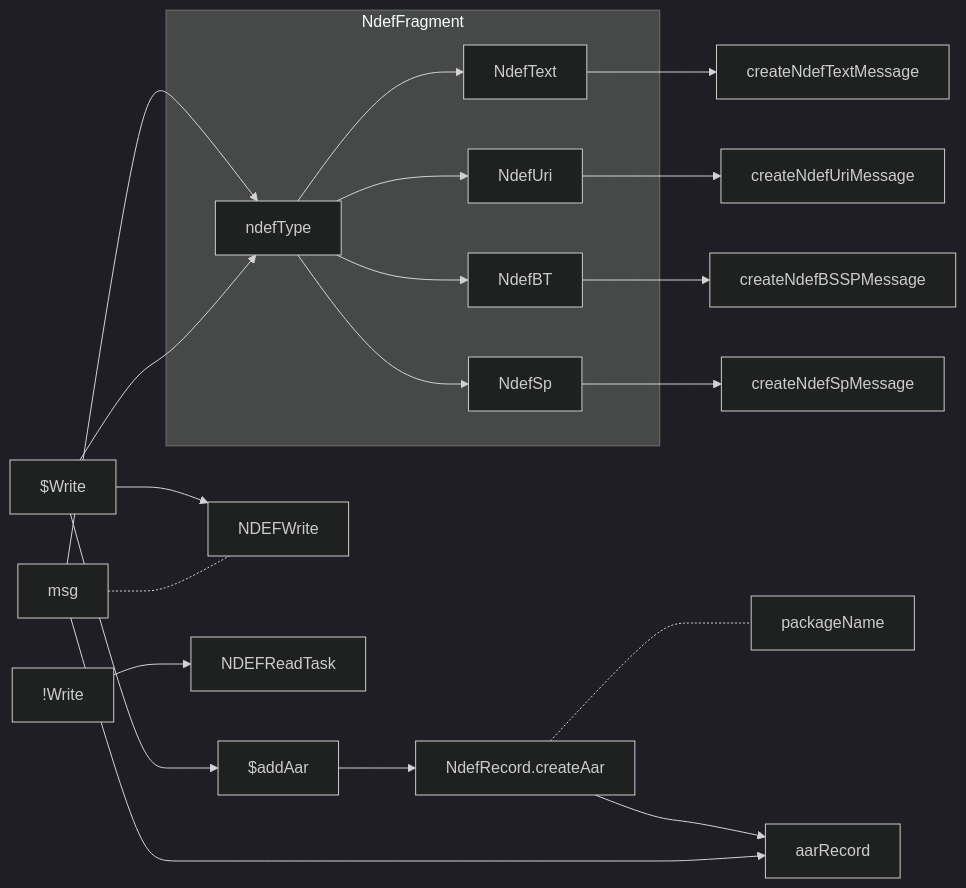
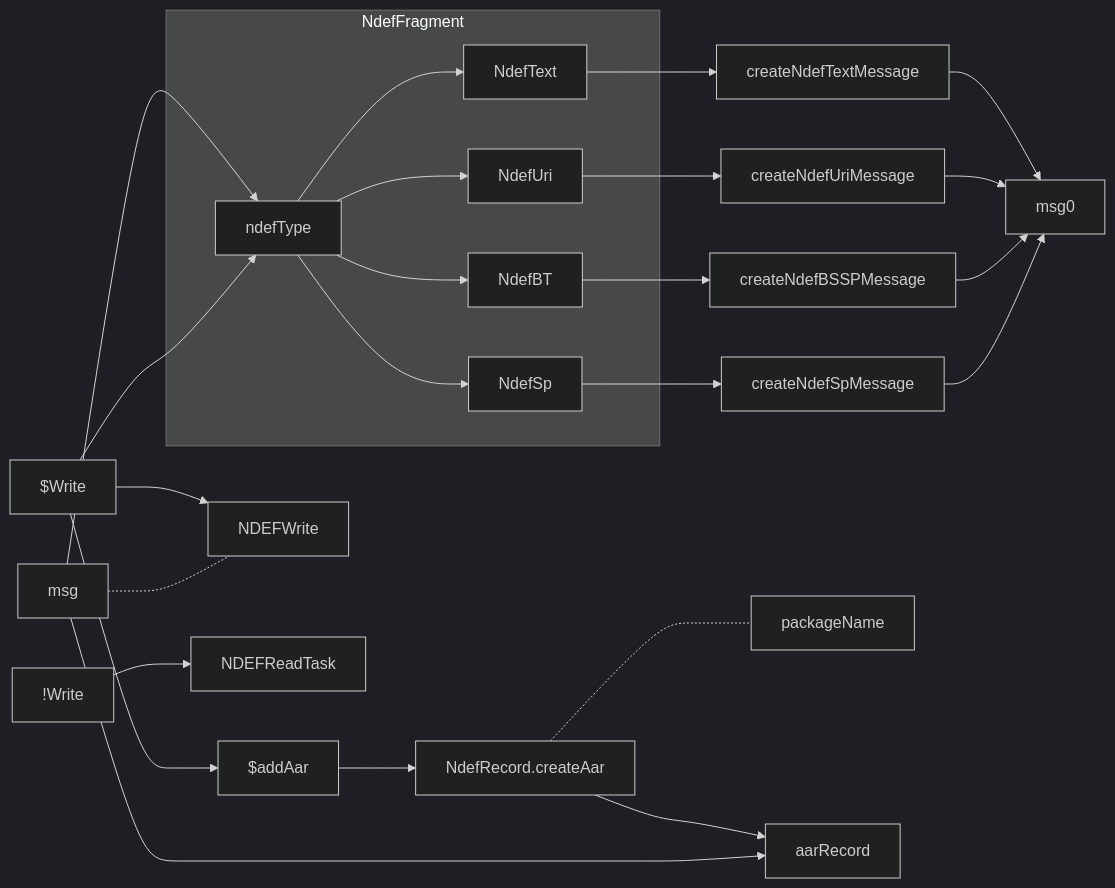
Before and after one commit to gordianknotC/nxp_note: the diagram in nxp/Demo.md, drawn with Mermaid (dark theme). The commit also changed other lines of this file, not shown here.

Commit message:
nxp/Demo.md updated from https://stackedit.io/

````diff
--- a/nxp/Demo.md
+++ b/nxp/Demo.md
@@ -7,45 +7,46 @@
 ``` mermaid
 graph LR
  
 $Write
 !Write
 $addAar
-
 
 subgraph NdefFragment
 	NdefText
 	NdefUri
 	NdefBT
 	NdefSp
 	ndefType
 end
 
 msg --> ndefType
 $Write --> NDEFWrite
 $Write --> ndefType
 $Write --> $addAar
 !Write --> NDEFReadTask
 
 ndefType --> NdefText
 ndefType --> NdefUri
 ndefType --> NdefBT
 ndefType --> NdefSp
 
-
 NdefText --> createNdefTextMessage
 NdefUri --> createNdefUriMessage
 NdefBT --> createNdefBSSPMessage
 NdefSp --> createNdefSpMessage
- 
+createNdefTextMessage --> msg0
+createNdefUriMessage --> msg0
+createNdefBSSPMessage --> msg0
+createNdefSpMessage --> msg0
 
 $addAar --> NdefRecord.createAar
 NdefRecord.createAar -.- packageName
 NdefRecord.createAar --> aarRecord
 
 msg --> aarRecord
 msg -.- NDEFWrite
 
 
 
 
 ```
````
